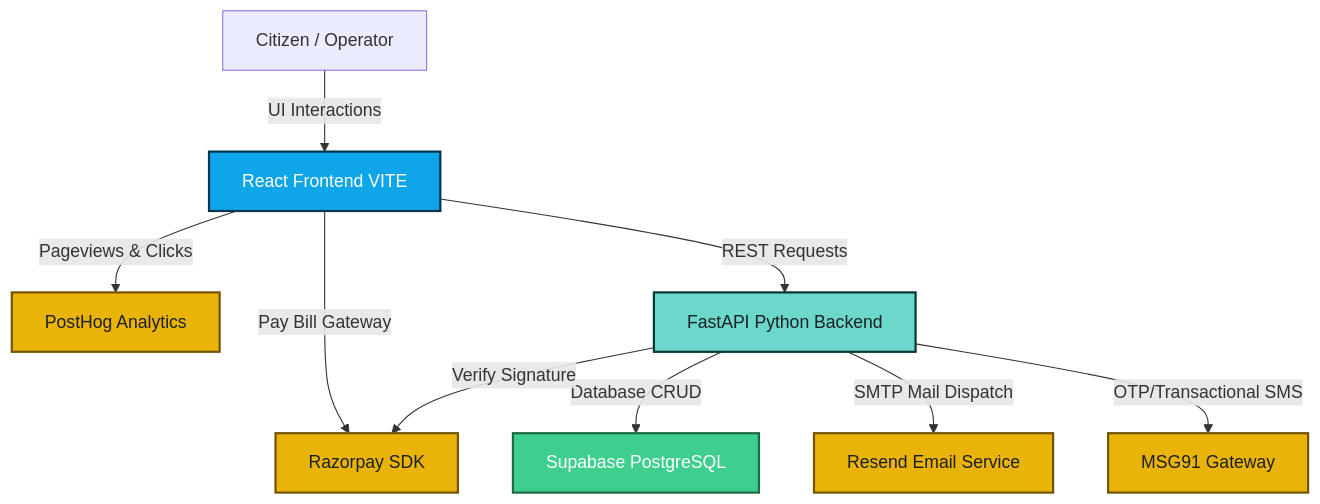
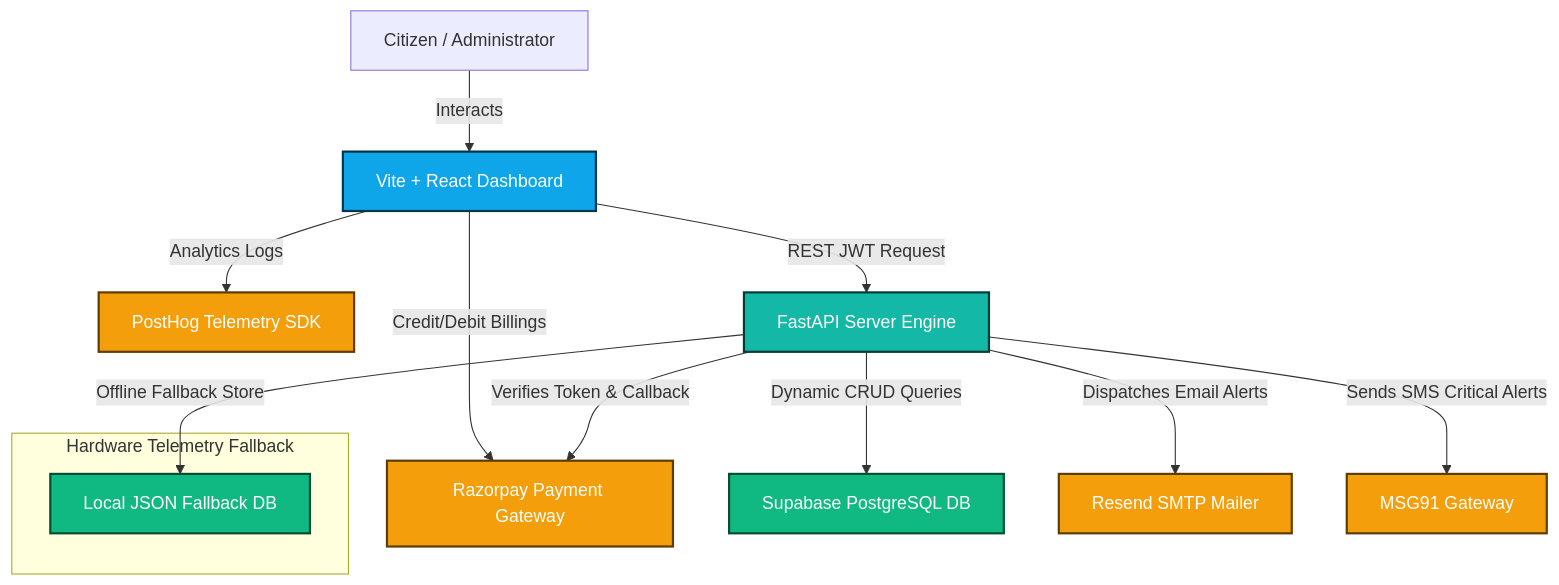
One commit to omrajput14/jalsetu changed the diagram in README.md. Above: the diagram before and after it, drawn with Mermaid. The commit also changed other lines of this file and 15 other files, not shown here.

Commit message:
docs: upgrade README to premium standard with system flow infographic and screenshot showcase

````diff
--- a/README.md
+++ b/README.md
@@ -29,16 +68,24 @@
 ```mermaid
 graph TD
     classDef client fill:#0ea5e9,stroke:#00344d,stroke-width:2px,color:#fff;
-    classDef server fill:#6bd8cb,stroke:#003732,stroke-width:2px,color:#1b2024;
-    classDef database fill:#3ECF8E,stroke:#1e6a47,stroke-width:2px,color:#fff;
-    classDef api fill:#eab308,stroke:#715402,stroke-width:2px,color:#1b2024;
+    classDef server fill:#14b8a6,stroke:#003c35,stroke-width:2px,color:#fff;
+    classDef database fill:#10b981,stroke:#044e34,stroke-width:2px,color:#fff;
+    classDef thirdparty fill:#f59e0b,stroke:#5c3e03,stroke-width:2px,color:#fff;
 
-    A[Citizen / Operator] -->|UI Interactions| B[React Frontend VITE]:::client
-    B -->|Pageviews & Clicks| C[PostHog Analytics]:::api
-    B -->|Pay Bill Gateway| D[Razorpay SDK]:::api
-    B -->|REST Requests| E[FastAPI Python Backend]:::server
-    E -->|Database CRUD| F[Supabase PostgreSQL]:::database
-    E -->|SMTP Mail Dispatch| G[Resend Email Service]:::api
-    E -->|OTP/Transactional SMS| H[MSG91 Gateway]:::api
-    E -->|Verify Signature| D
+    User[Citizen / Administrator] -->|Interacts| UI[Vite + React Dashboard]:::client
+    UI -->|Analytics Logs| PH[PostHog Telemetry SDK]:::thirdparty
+    UI -->|Credit/Debit Billings| RZ[Razorpay Payment Gateway]:::thirdparty
+    
+    UI -->|REST JWT Request| FastAPI[FastAPI Server Engine]:::server
+    
+    FastAPI -->|Dynamic CRUD Queries| Supa[Supabase PostgreSQL DB]:::database
+    FastAPI -->|Offline Fallback Store| FileDB[Local JSON Fallback DB]:::database
+    
+    FastAPI -->|Verifies Token & Callback| RZ
+    FastAPI -->|Dispatches Email Alerts| RS[Resend SMTP Mailer]:::thirdparty
+    FastAPI -->|Sends SMS Critical Alerts| M91[MSG91 Gateway]:::thirdparty
+
+    subgraph Hardware Telemetry Fallback
+        FileDB
+    end
 ```
````
